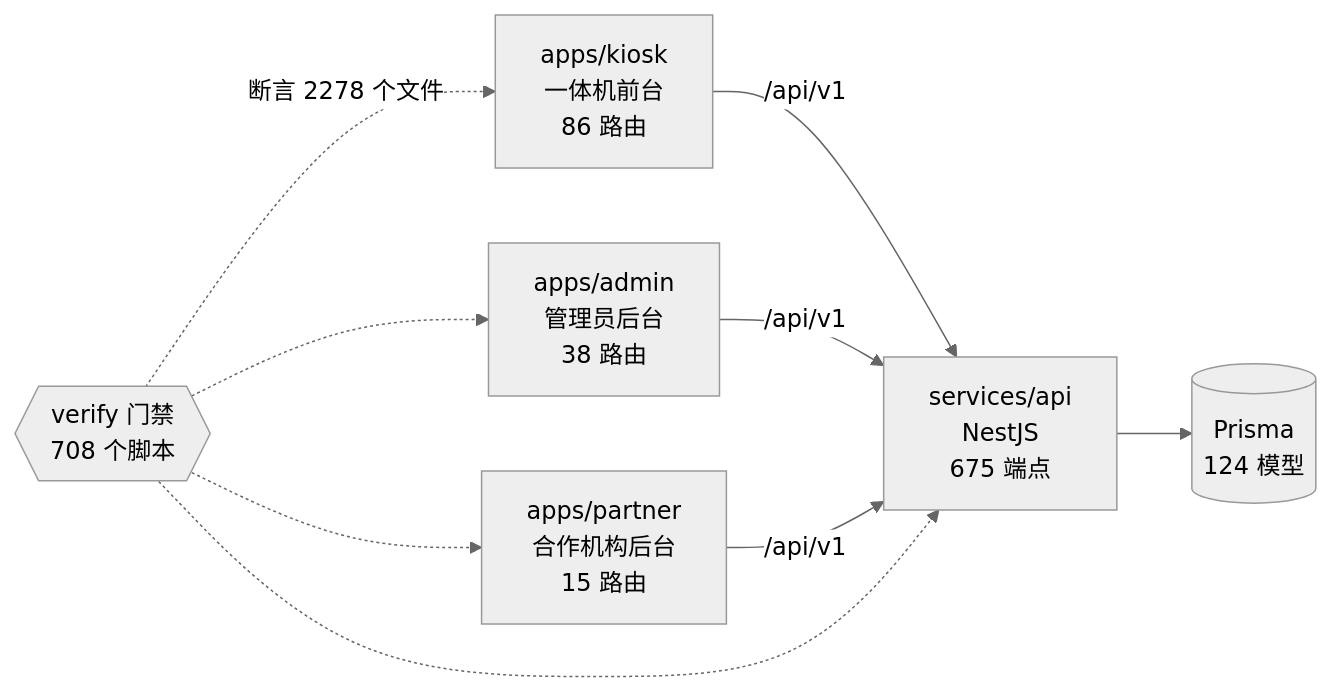
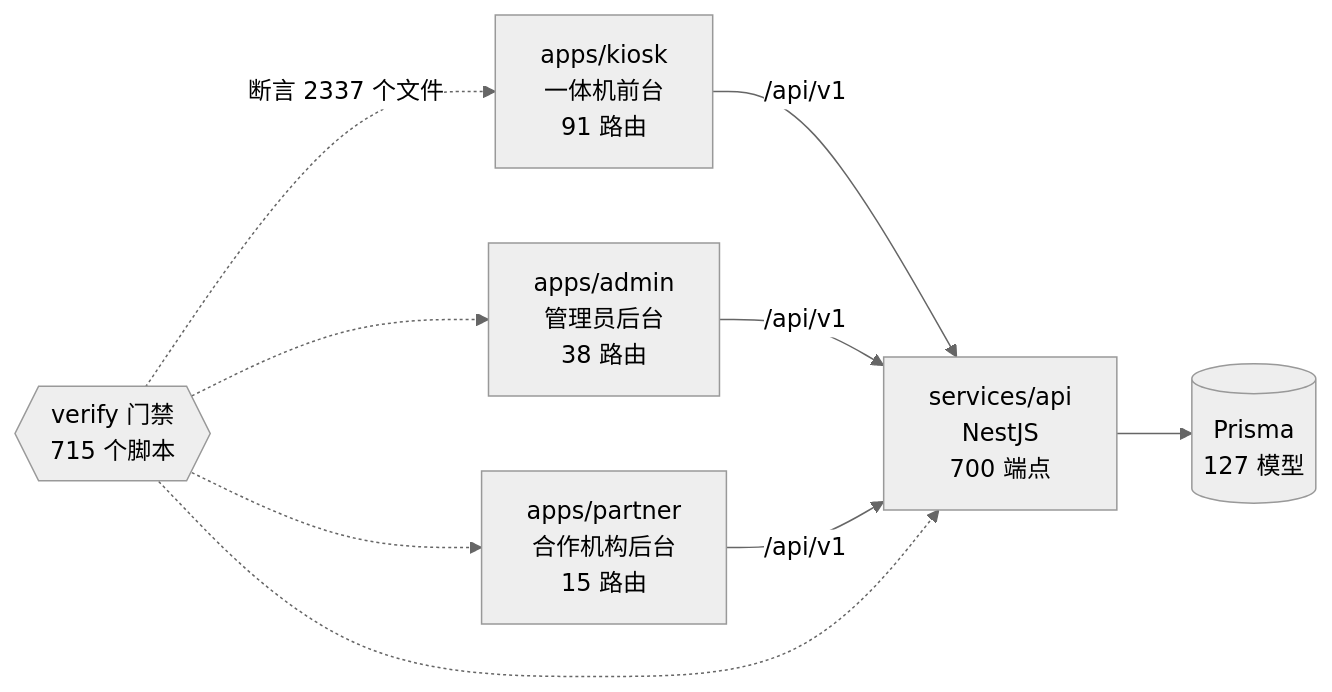
One commit to wanglei581/YITIJI changed the diagram in docs/graph/README.md. Above: the diagram before and after it, drawn with Mermaid (neutral theme). The commit also changed other lines of this file and 5 other files, not shown here.

Commit message:
chore(train-1121g): 车尾图谱一次性重生（6 位乘客合入后，--check 通过）

````diff
--- a/docs/graph/README.md
+++ b/docs/graph/README.md
@@ -68,18 +68,18 @@
 ```mermaid
 flowchart LR
-  kiosk["apps/kiosk<br/>一体机前台<br/>86 路由"]
+  kiosk["apps/kiosk<br/>一体机前台<br/>91 路由"]
   admin["apps/admin<br/>管理员后台<br/>38 路由"]
   partner["apps/partner<br/>合作机构后台<br/>15 路由"]
-  api["services/api<br/>NestJS<br/>675 端点"]
-  db[("Prisma<br/>124 模型")]
-  gates{{"verify 门禁<br/>708 个脚本"}}
+  api["services/api<br/>NestJS<br/>700 端点"]
+  db[("Prisma<br/>127 模型")]
+  gates{{"verify 门禁<br/>715 个脚本"}}
 
   kiosk -->|"/api/v1"| api
   admin -->|"/api/v1"| api
   partner -->|"/api/v1"| api
   api --> db
-  gates -.->|"断言 2278 个文件"| kiosk
+  gates -.->|"断言 2337 个文件"| kiosk
   gates -.-> admin
   gates -.-> partner
   gates -.-> api
 ```
````
